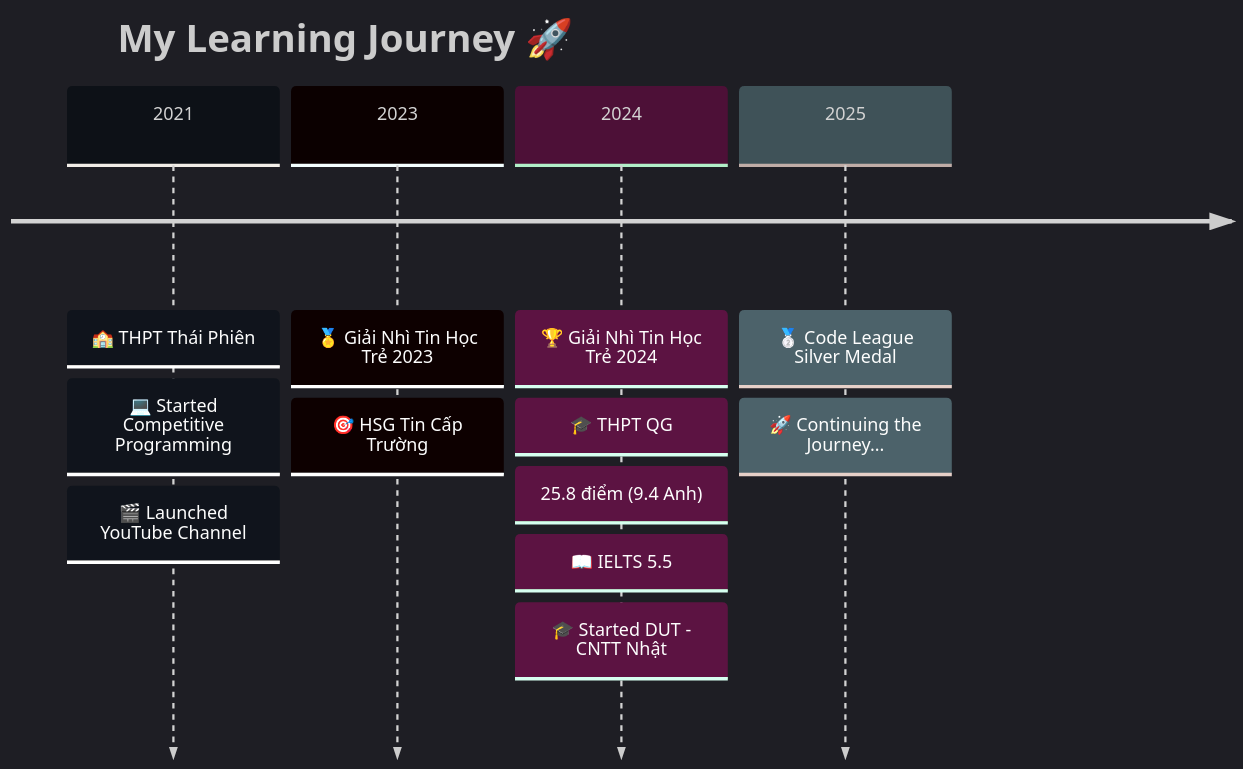
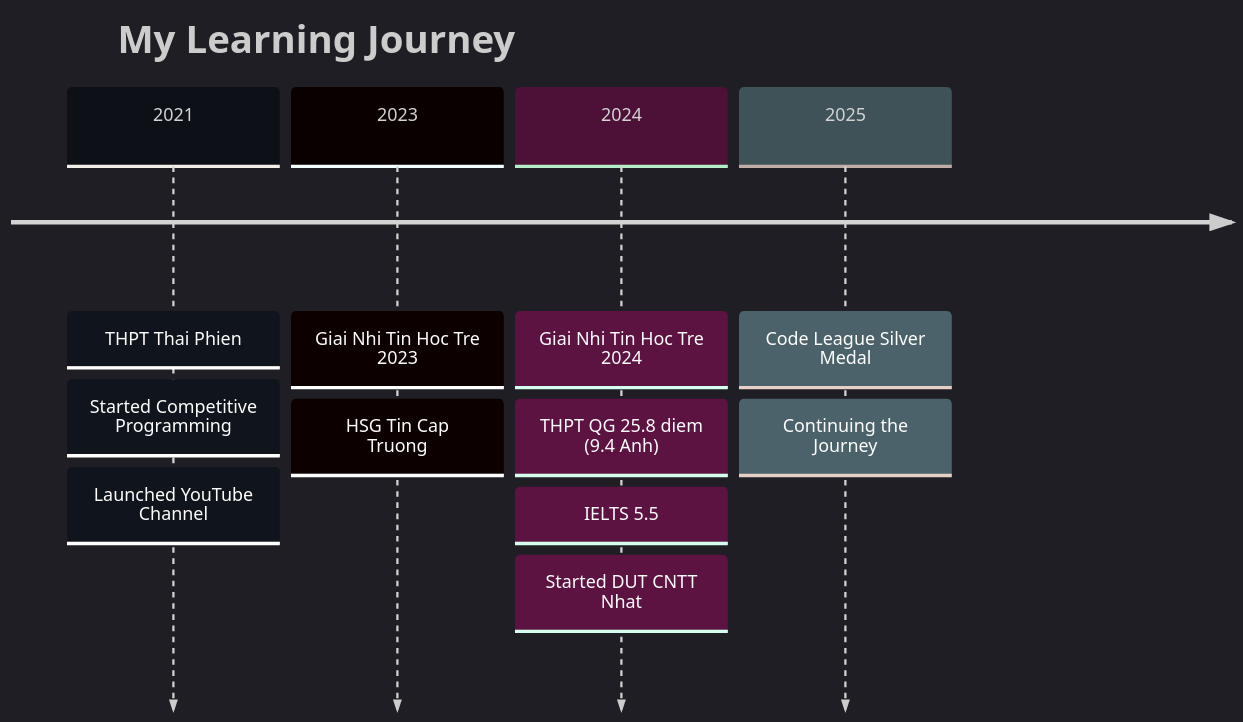
Before and after one commit to QuangNew/QuangNew: the diagram in README.md, drawn with Mermaid. The commit also changed other lines of this file, not shown here.

````diff
--- a/README.md
+++ b/README.md
@@ -219,20 +208,20 @@
 ```mermaid
 %%{init: {'theme':'dark', 'themeVariables': { 'primaryColor':'#0D1117', 'primaryTextColor':'#00D9FF', 'primaryBorderColor':'#00D9FF', 'lineColor':'#F59E0B', 'secondaryColor':'#1E3A8A', 'tertiaryColor':'#0D1117'}}}%%
 timeline
-    title My Learning Journey 🚀
+    title My Learning Journey
     
-    2021 : 🏫 THPT Thái Phiên
-         : 💻 Started Competitive Programming
-         : 🎬 Launched YouTube Channel
+    2021 : THPT Thai Phien
+         : Started Competitive Programming
+         : Launched YouTube Channel
     
-    2023 : 🏅 Giải Nhì Tin Học Trẻ 2023
-         : 🎯 HSG Tin Cấp Trường
+    2023 : Giai Nhi Tin Hoc Tre 2023
+         : HSG Tin Cap Truong
     
-    2024 : 🏆 Giải Nhì Tin Học Trẻ 2024
-         : 🎓 THPT QG: 25.8 điểm (9.4 Anh)
-         : 📖 IELTS 5.5
-         : 🎓 Started DUT - CNTT Nhật
+    2024 : Giai Nhi Tin Hoc Tre 2024
+         : THPT QG 25.8 diem (9.4 Anh)
+         : IELTS 5.5
+         : Started DUT CNTT Nhat
     
-    2025 : 🥈 Code League Silver Medal
-         : 🚀 Continuing the Journey...
+    2025 : Code League Silver Medal
+         : Continuing the Journey
 ```
````
